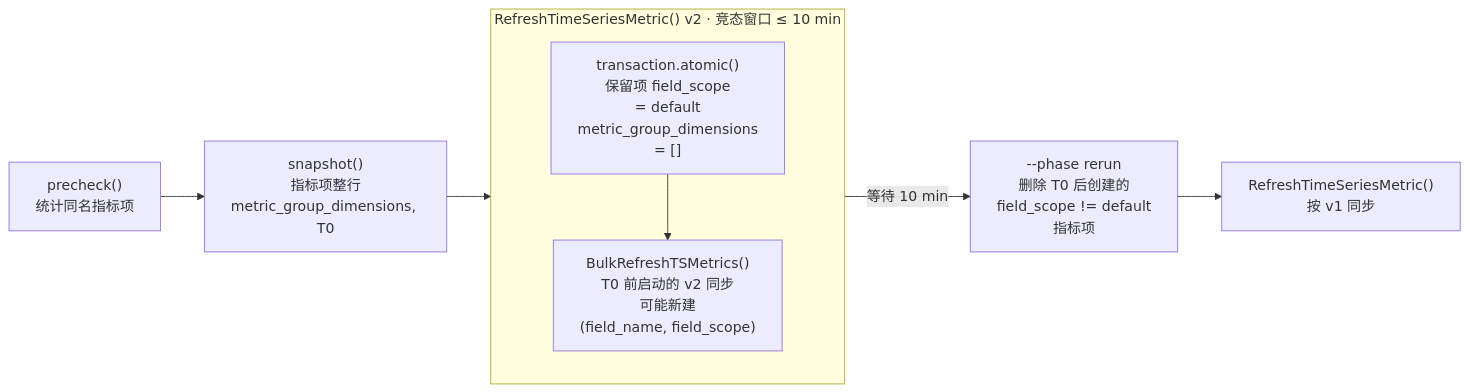
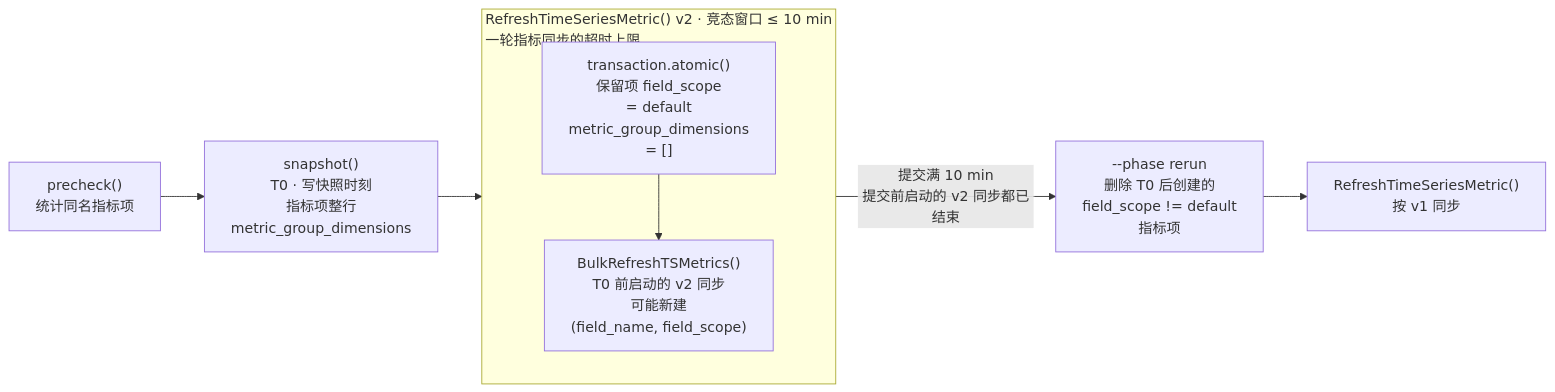
Before and after one commit to ZhuoZhuoCrayon/ai-workspace: diagram 34 of 34 in knowledge/bkmonitor/issues/2026-09-15-custom-metric-metadata/PLAN.md, drawn with Mermaid. The commit also changed other lines of this file and 4 other files, not shown here.

````diff
--- a/knowledge/bkmonitor/issues/2026-09-15-custom-metric-metadata/PLAN.md
+++ b/knowledge/bkmonitor/issues/2026-09-15-custom-metric-metadata/PLAN.md
@@ -1427,11 +2164,11 @@
 ```mermaid
 flowchart LR
-    Check["precheck()<br/>统计同名指标项"] --> Snapshot["snapshot()<br/>指标项整行<br/>metric_group_dimensions, T0"]
+    Check["precheck()<br/>统计同名指标项"] --> Snapshot["snapshot()<br/>T0 · 写快照时刻<br/>指标项整行<br/>metric_group_dimensions"]
     Snapshot --> Tx
-    subgraph Window["RefreshTimeSeriesMetric() v2 · 竞态窗口 ≤ 10 min"]
+    subgraph Window["RefreshTimeSeriesMetric() v2 · 竞态窗口 ≤ 10 min<br/>一轮指标同步的超时上限"]
         direction TB
         Tx["transaction.atomic()<br/>保留项 field_scope<br/>= default<br/>metric_group_dimensions<br/>= []"] --> Stale["BulkRefreshTSMetrics()<br/>T0 前启动的 v2 同步<br/>可能新建<br/>(field_name, field_scope)"]
     end
-    Window -->|"等待 10 min"| Rerun["--phase rerun<br/>删除 T0 后创建的<br/>field_scope != default<br/>指标项"]
+    Window -->|"提交满 10 min<br/>提交前启动的 v2 同步都已结束"| Rerun["--phase rerun<br/>删除 T0 后创建的<br/>field_scope != default<br/>指标项"]
     Rerun --> V1["RefreshTimeSeriesMetric()<br/>按 v1 同步"]
 ```
````
